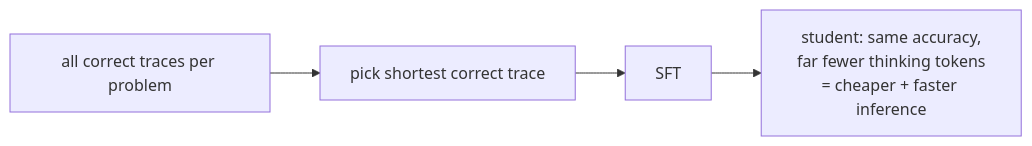
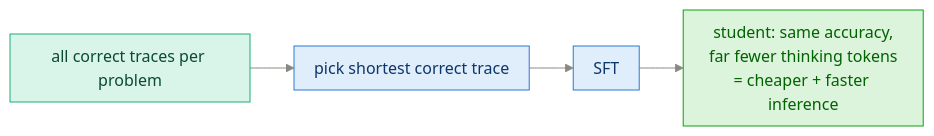
Before and after one commit to sudhanshu-shivam-dev/reasoning_model_from_scratch: the fourth of 4 diagrams in study_guide/ch08_distillation.md, drawn with Mermaid. The commit also changed other lines of this file and 14 other files, not shown here.

First line of the commit message:
Restyle all 54 diagrams: consistent palette, semantic colors, better spacing

````diff
--- a/study_guide/ch08_distillation.md
+++ b/study_guide/ch08_distillation.md
@@ -145,6 +160,11 @@
 ```mermaid
+%%{init: {"theme":"base","themeVariables":{"primaryColor":"#e0edfb","primaryTextColor":"#0d366b","primaryBorderColor":"#2a78d6","lineColor":"#898781","textColor":"#52514e","edgeLabelBackground":"#f0efec","clusterBkg":"rgba(137,135,129,0.07)","clusterBorder":"#a9a7a0","titleColor":"#898781"},"flowchart":{"nodeSpacing":36,"rankSpacing":44,"curve":"basis","padding":10}}}%%
 flowchart LR
     ALL["all correct traces per problem"] --> PICK["pick shortest correct trace"]
     PICK --> SFT2["SFT"]
     SFT2 --> RES["student: same accuracy,<br/>far fewer thinking tokens<br/>= cheaper + faster inference"]
+    classDef data fill:#d9f4e9,stroke:#1baf7a,color:#0b4a33
+    classDef good fill:#dcf3dc,stroke:#0ca30c,color:#006300
+    class ALL data
+    class RES good
 ```
````
